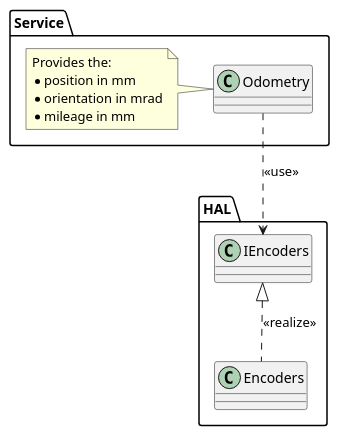
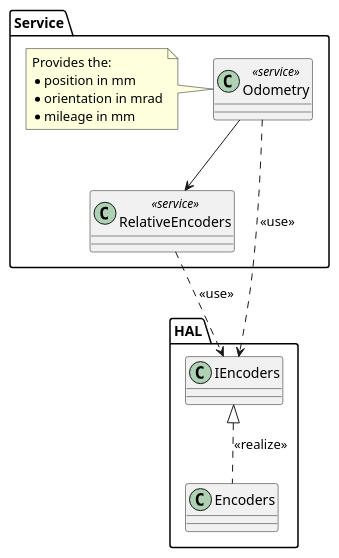
The diagram in doc/architecture/uml/LogicalView/Odometry.plantuml (BlueAndi/RadonUlzer), drawn with PlantUML before and after one commit. The commit also changed 2 other files, not shown here.

Commit message:
Speedometer diagram added and odometry diagram improved.

```diff
--- a/doc/architecture/uml/LogicalView/Odometry.plantuml
+++ b/doc/architecture/uml/LogicalView/Odometry.plantuml
@@ -1,23 +1,27 @@
 @startuml
 
 package "Service" {
-    class "Odometry" as odometry
+    class "Odometry" as odometry <<service>>
+    class "RelativeEncoders" as relativeEncoders <<service>>
 
     note left of odometry
         Provides the:
         * position in mm
         * orientation in mrad
         * mileage in mm
     end note
+
+    odometry --> relativeEncoders
 }
 
 package "HAL" {
     class "IEncoders" as iEncoders
     class "Encoders" as encoders
 
     iEncoders <|.. encoders: <<realize>>
 }
 
-odometry ..> iEncoders: <<use>>
+odometry ...> iEncoders: <<use>>
+relativeEncoders ..> iEncoders: <<use>>
 
 @enduml
```
